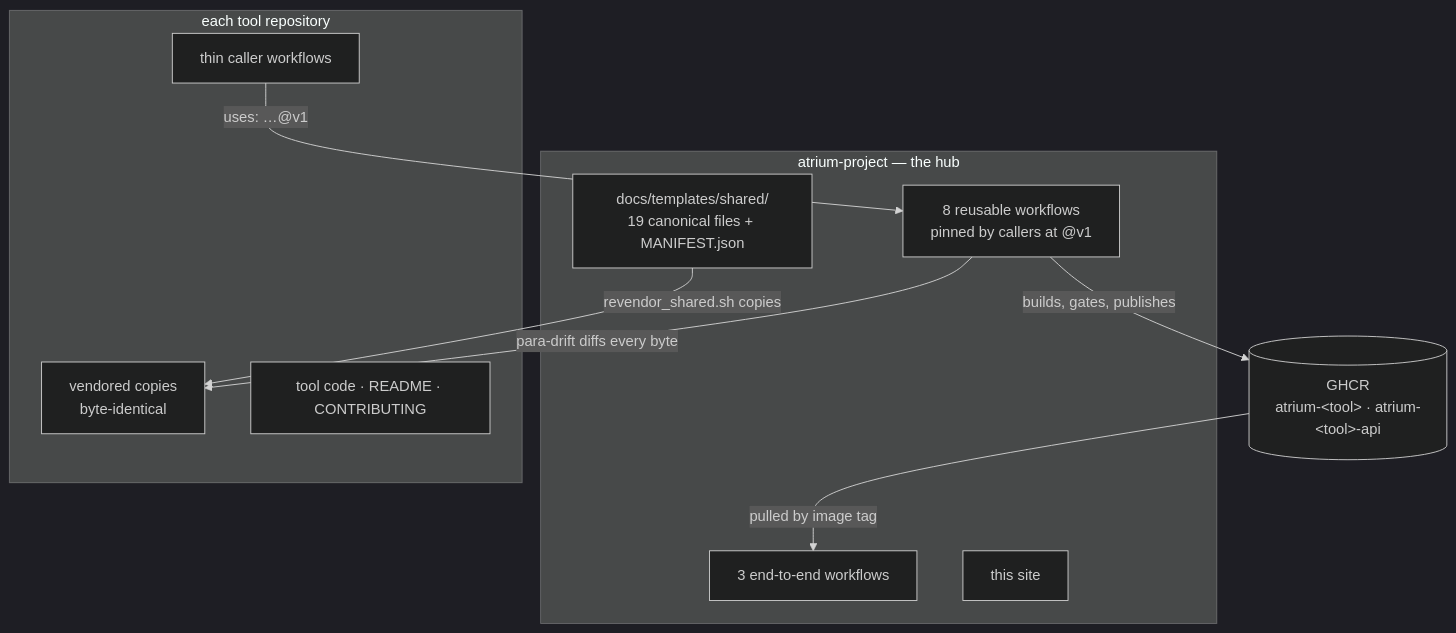
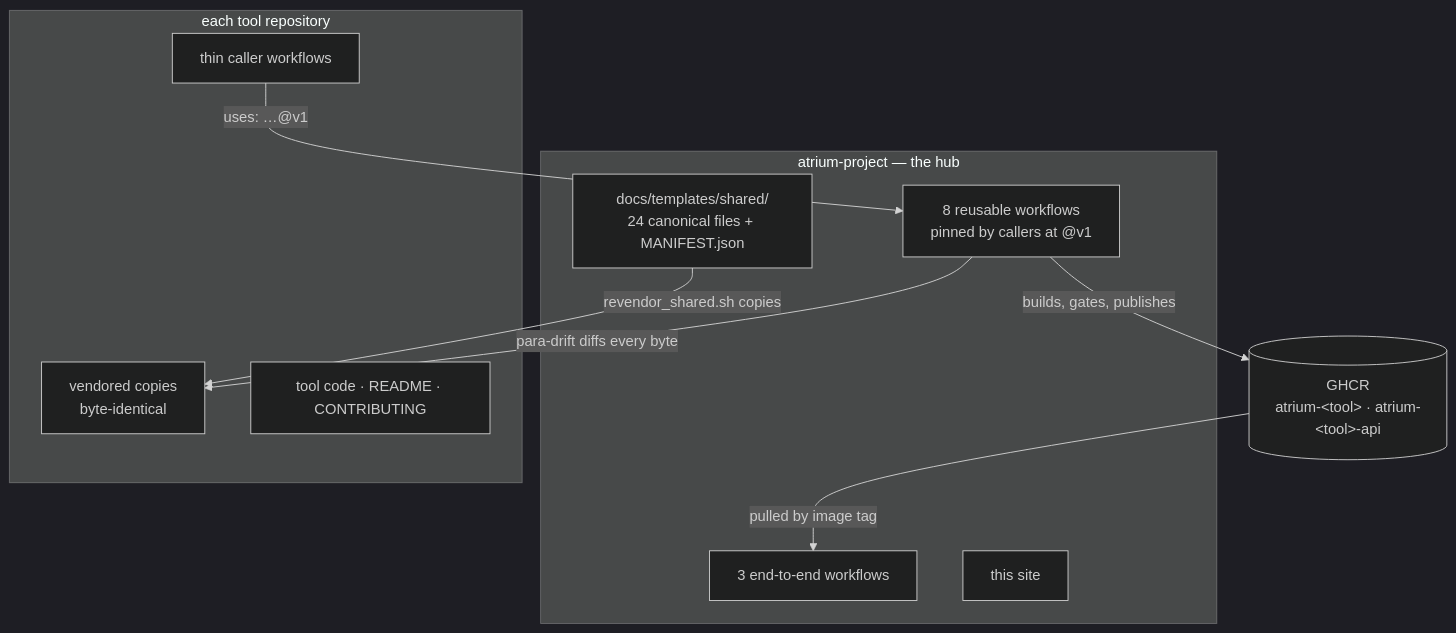
The first of 2 diagrams in docs_site/ecosystem/architecture.md (ufal/atrium-project), drawn with Mermaid (dark theme) before and after one commit. The commit also changed other lines of this file and 63 other files, not shown here.

````diff
--- a/docs_site/ecosystem/architecture.md
+++ b/docs_site/ecosystem/architecture.md
@@ -29,20 +29,20 @@
 ```mermaid
 flowchart TB
   subgraph HUB["atrium-project — the hub"]
-    SHARED["docs/templates/shared/<br/>19 canonical files + MANIFEST.json"]
+    SHARED["docs/templates/shared/<br/>24 canonical files + MANIFEST.json"]
     REUSE["8 reusable workflows<br/>pinned by callers at @v1"]
     E2E["3 end-to-end workflows"]
     SITE["this site"]
   end
   subgraph TOOL["each tool repository"]
     VEND["vendored copies<br/>byte-identical"]
     CALL["thin caller workflows"]
     CODE["tool code · README · CONTRIBUTING"]
   end
   GHCR[("GHCR<br/>atrium-&lt;tool&gt; · atrium-&lt;tool&gt;-api")]
   SHARED -- "revendor_shared.sh copies" --> VEND
   CALL -- "uses: …@v1" --> REUSE
   REUSE -- "para-drift diffs every byte" --> VEND
   REUSE -- "builds, gates, publishes" --> GHCR
   GHCR -- "pulled by image tag" --> E2E
 ```
````
